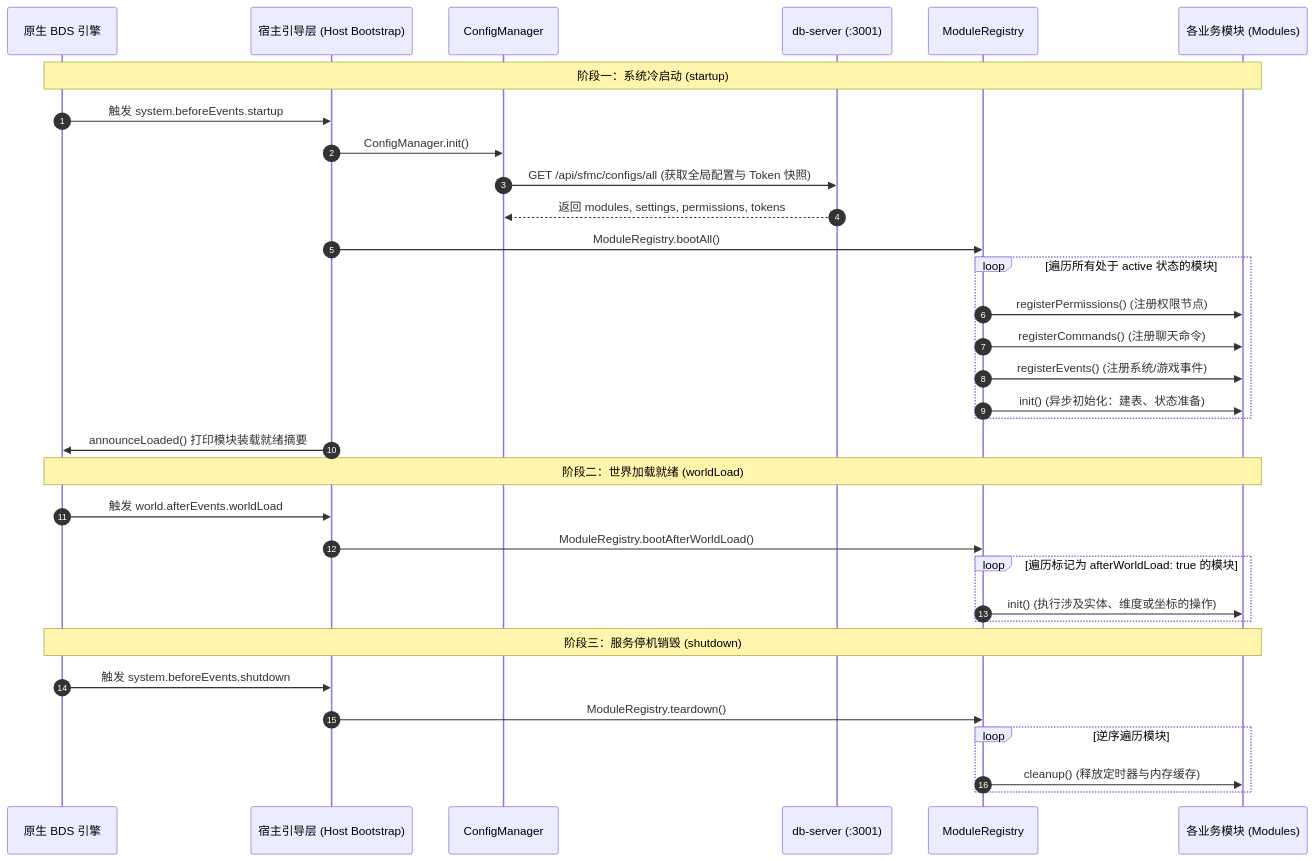
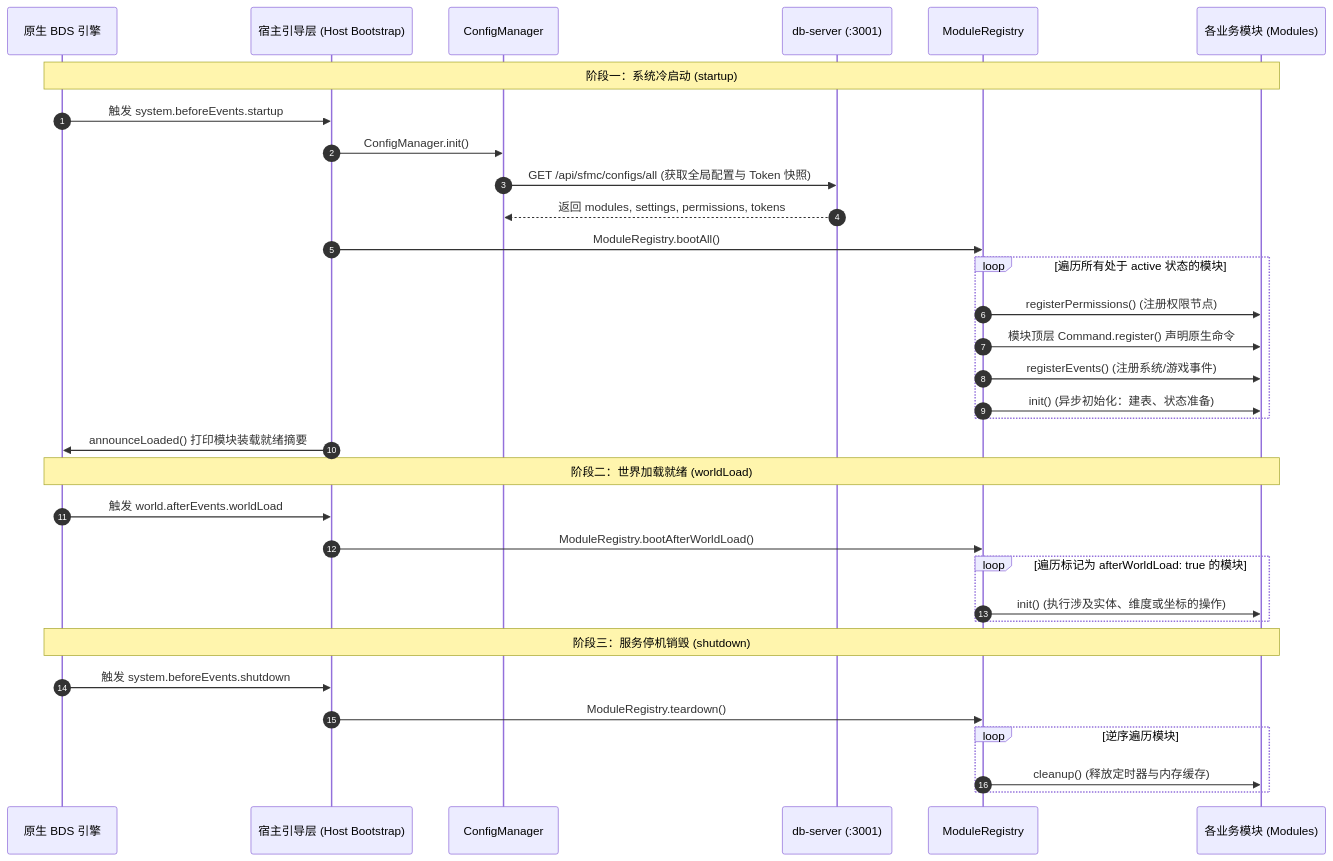
The second of 2 diagrams in docs/zh/dev/architecture.md (DogeLakeDev/ScriptsForMinecraftServer), drawn with Mermaid before and after one commit. The commit also changed other lines of this file and 18 other files, not shown here.

````diff
--- a/docs/zh/dev/architecture.md
+++ b/docs/zh/dev/architecture.md
@@ -45,40 +45,40 @@
 ```mermaid
 sequenceDiagram
   autonumber
   participant BDS as 原生 BDS 引擎
   participant Boot as 宿主引导层 (Host Bootstrap)
   participant CM as ConfigManager
   participant DB as db-server (:3001)
   participant Reg as ModuleRegistry
   participant Mod as 各业务模块 (Modules)
 
   Note over BDS,Mod: 阶段一：系统冷启动 (startup)
   BDS->>Boot: 触发 system.beforeEvents.startup
   Boot->>CM: ConfigManager.init()
   CM->>DB: GET /api/sfmc/configs/all (获取全局配置与 Token 快照)
   DB-->>CM: 返回 modules, settings, permissions, tokens
   Boot->>Reg: ModuleRegistry.bootAll()
-  
+
   loop 遍历所有处于 active 状态的模块
     Reg->>Mod: registerPermissions() (注册权限节点)
-    Reg->>Mod: registerCommands() (注册聊天命令)
+    Reg->>Mod: 模块顶层 Command.register() 声明原生命令
     Reg->>Mod: registerEvents() (注册系统/游戏事件)
     Reg->>Mod: init() (异步初始化：建表、状态准备)
   end
 
   Boot->>BDS: announceLoaded() 打印模块装载就绪摘要
 
   Note over BDS,Mod: 阶段二：世界加载就绪 (worldLoad)
   BDS->>Boot: 触发 world.afterEvents.worldLoad
   Boot->>Reg: ModuleRegistry.bootAfterWorldLoad()
   loop 遍历标记为 afterWorldLoad: true 的模块
     Reg->>Mod: init() (执行涉及实体、维度或坐标的操作)
   end
 
   Note over BDS,Mod: 阶段三：服务停机销毁 (shutdown)
   BDS->>Boot: 触发 system.beforeEvents.shutdown
   Boot->>Reg: ModuleRegistry.teardown()
   loop 逆序遍历模块
     Reg->>Mod: cleanup() (释放定时器与内存缓存)
   end
 ```
````
